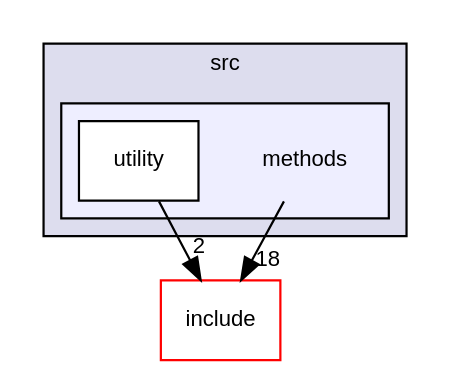
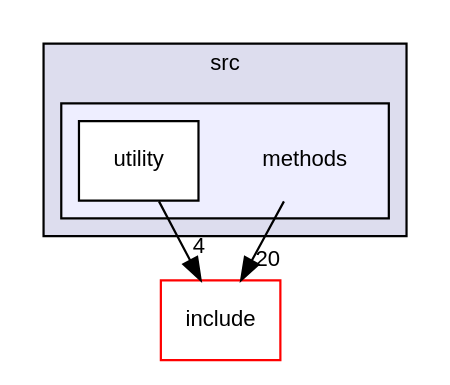
Before and after one commit to edgjj/cpp_vk_lib: the diagram in docs/dir_717c9ec00bc88ff78f9ce2d43b047a3d_dep.dot, drawn with Graphviz. The commit also changed 804 other files, not shown here.

```diff
--- a/docs/dir_717c9ec00bc88ff78f9ce2d43b047a3d_dep.dot
+++ b/docs/dir_717c9ec00bc88ff78f9ce2d43b047a3d_dep.dot
@@ -1,16 +1,16 @@
 digraph "methods" {
   compound=true
   node [ fontsize="10", fontname="Helvetica"];
   edge [ labelfontsize="10", labelfontname="Helvetica"];
   subgraph clusterdir_a065c5f60305fee3569f887679366939 {
     graph [ bgcolor="#ddddee", pencolor="black", label="src" fontname="Helvetica", fontsize="10", URL="dir_a065c5f60305fee3569f887679366939.html"]
   subgraph clusterdir_717c9ec00bc88ff78f9ce2d43b047a3d {
     graph [ bgcolor="#eeeeff", pencolor="black", label="" URL="dir_717c9ec00bc88ff78f9ce2d43b047a3d.html"];
     dir_717c9ec00bc88ff78f9ce2d43b047a3d [shape=plaintext label="methods"];
   dir_edd5a3d330b0b7473c06c1a12e61e1cf [shape=box label="utility" fillcolor="white" style="filled" URL="dir_edd5a3d330b0b7473c06c1a12e61e1cf.html"];
   }
   }
   dir_5a30104352ef4255dc24354b02eb2d20 [shape=box label="include" fillcolor="white" style="filled" color="red" URL="dir_5a30104352ef4255dc24354b02eb2d20.html"];
-  dir_edd5a3d330b0b7473c06c1a12e61e1cf->dir_5a30104352ef4255dc24354b02eb2d20 [headlabel="2", labeldistance=1.5 headhref="dir_000031_000003.html"];
-  dir_717c9ec00bc88ff78f9ce2d43b047a3d->dir_5a30104352ef4255dc24354b02eb2d20 [headlabel="18", labeldistance=1.5 headhref="dir_000011_000003.html"];
+  dir_edd5a3d330b0b7473c06c1a12e61e1cf->dir_5a30104352ef4255dc24354b02eb2d20 [headlabel="4", labeldistance=1.5 headhref="dir_000039_000007.html"];
+  dir_717c9ec00bc88ff78f9ce2d43b047a3d->dir_5a30104352ef4255dc24354b02eb2d20 [headlabel="20", labeldistance=1.5 headhref="dir_000017_000007.html"];
 }
```
